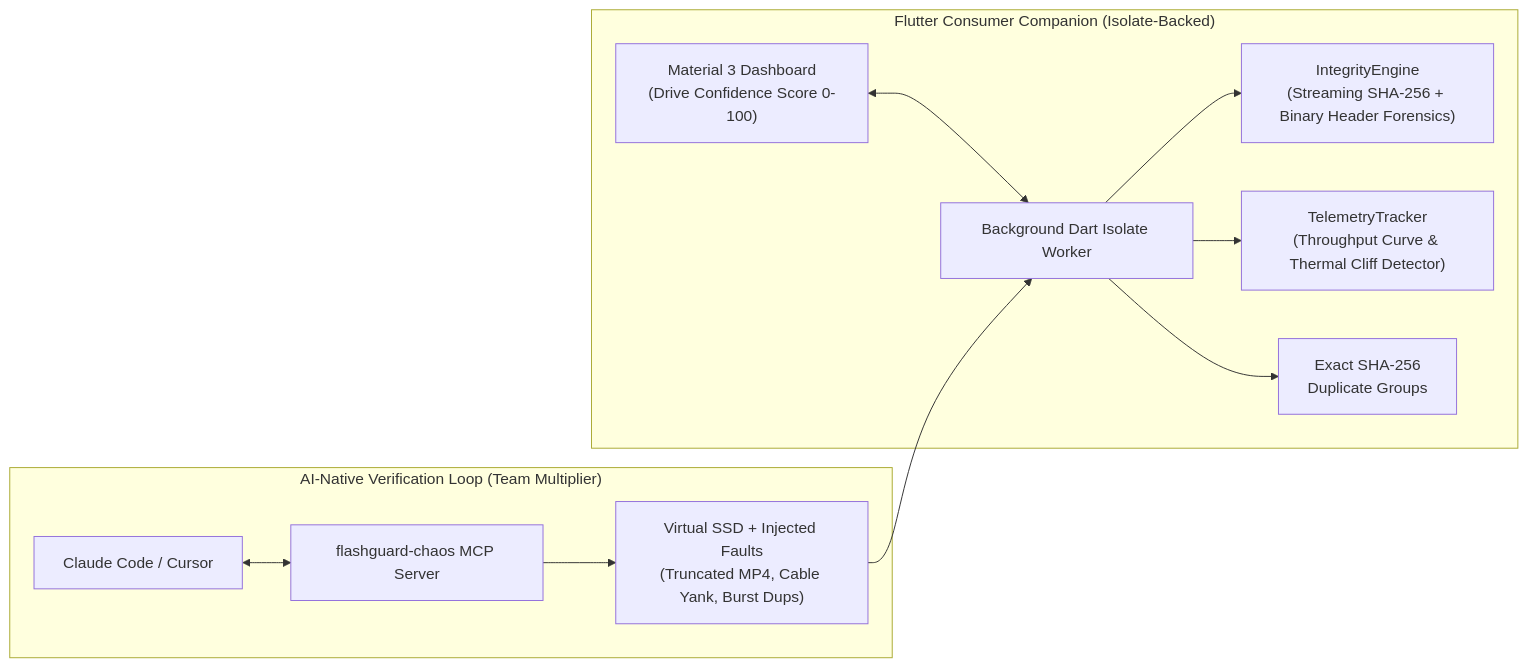
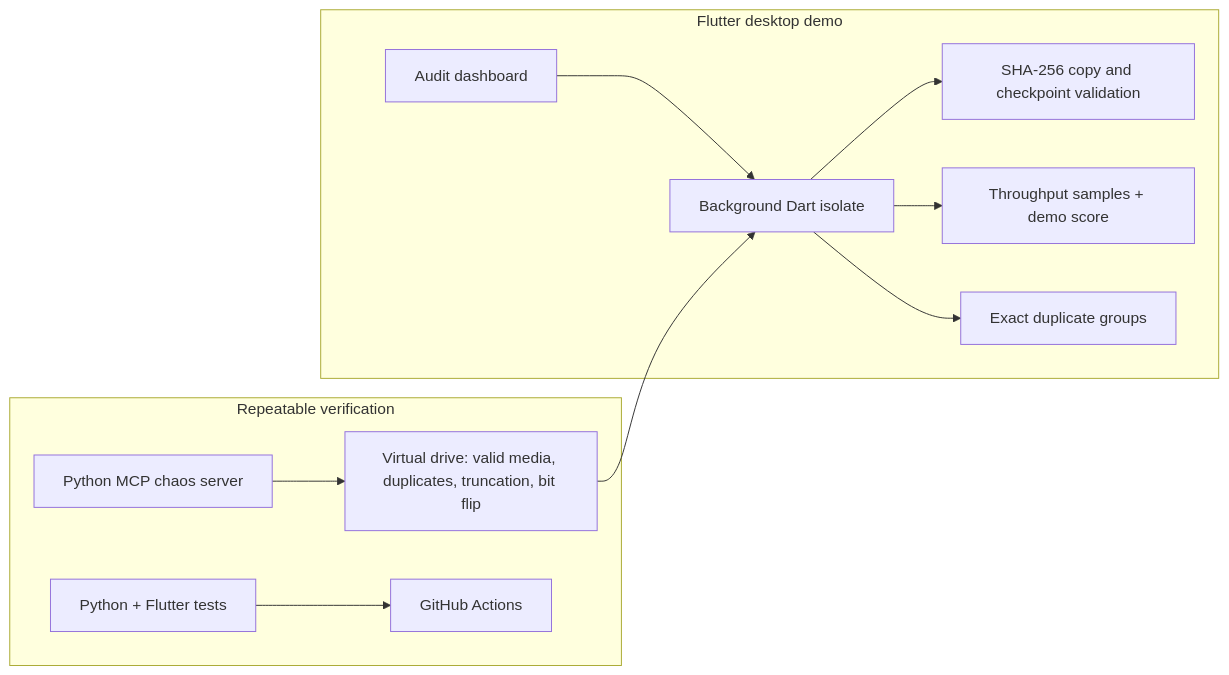
Before and after one commit to vinaypcv/flashguard-ai: the diagram in README.md, drawn with Mermaid. The commit also changed other lines of this file, not shown here.

````diff
--- a/README.md
+++ b/README.md
@@ -41,16 +28,16 @@
 ```mermaid
 flowchart LR
-    subgraph AI_Dev_Loop["AI-Native Verification Loop (Team Multiplier)"]
-        CC["Claude Code / Cursor"] <--> MCP["flashguard-chaos MCP Server"]
-        MCP --> VDrive["Virtual SSD + Injected Faults\n(Truncated MP4, Cable Yank, Burst Dups)"]
+    subgraph Dev["Repeatable verification"]
+        MCP["Python MCP chaos server"] --> VDrive["Virtual drive: valid media, duplicates, truncation, bit flip"]
+        Tests["Python + Flutter tests"] --> CI["GitHub Actions"]
     end
 
-    subgraph Flutter_App["Flutter Consumer Companion (Isolate-Backed)"]
-        UI["Material 3 Dashboard\n(Drive Confidence Score 0-100)"] <--> ISO["Background Dart Isolate Worker"]
-        ISO --> INT["IntegrityEngine\n(Streaming SHA-256 + Binary Header Forensics)"]
-        ISO --> TEL["TelemetryTracker\n(Throughput Curve & Thermal Cliff Detector)"]
-        ISO --> DEDUP["Exact SHA-256\nDuplicate Groups"]
+    subgraph App["Flutter desktop demo"]
+        UI["Audit dashboard"] --> ISO["Background Dart isolate"]
+        ISO --> INT["SHA-256 copy and checkpoint validation"]
+        ISO --> TEL["Throughput samples + demo score"]
+        ISO --> DEDUP["Exact duplicate groups"]
     end
 
     VDrive --> ISO
 ```
````
